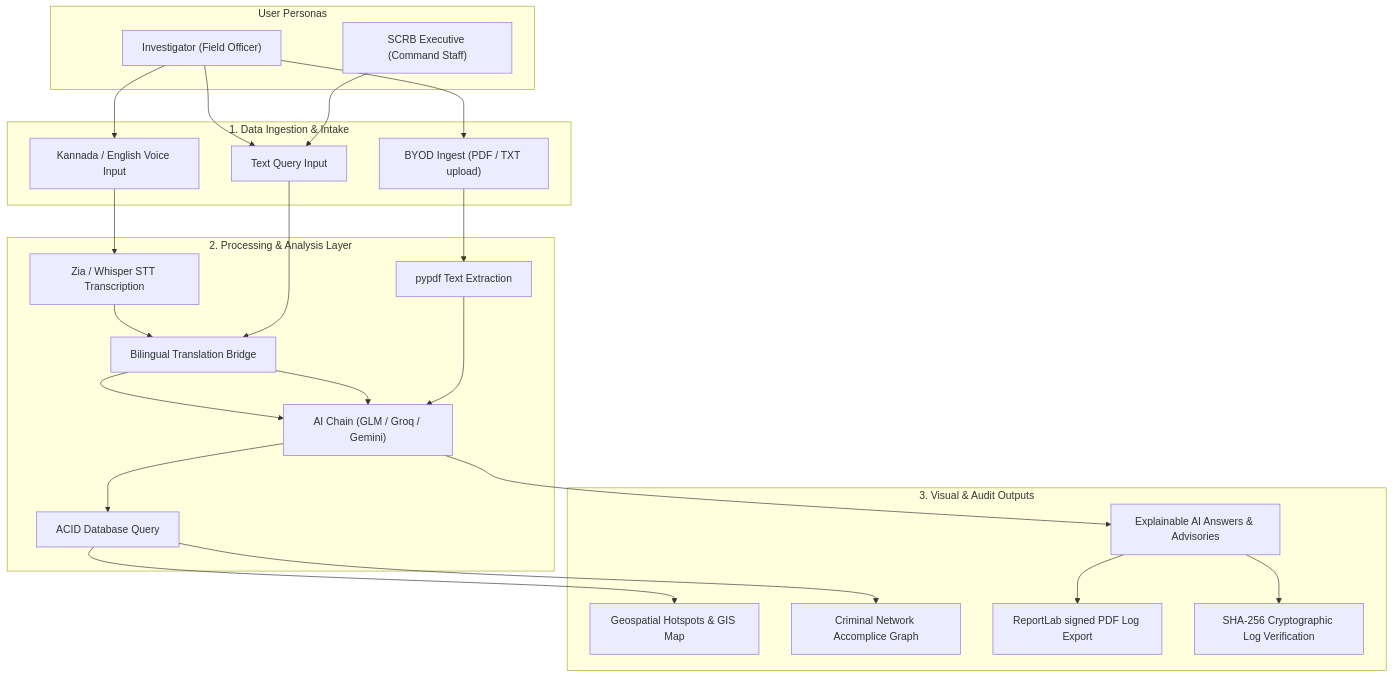
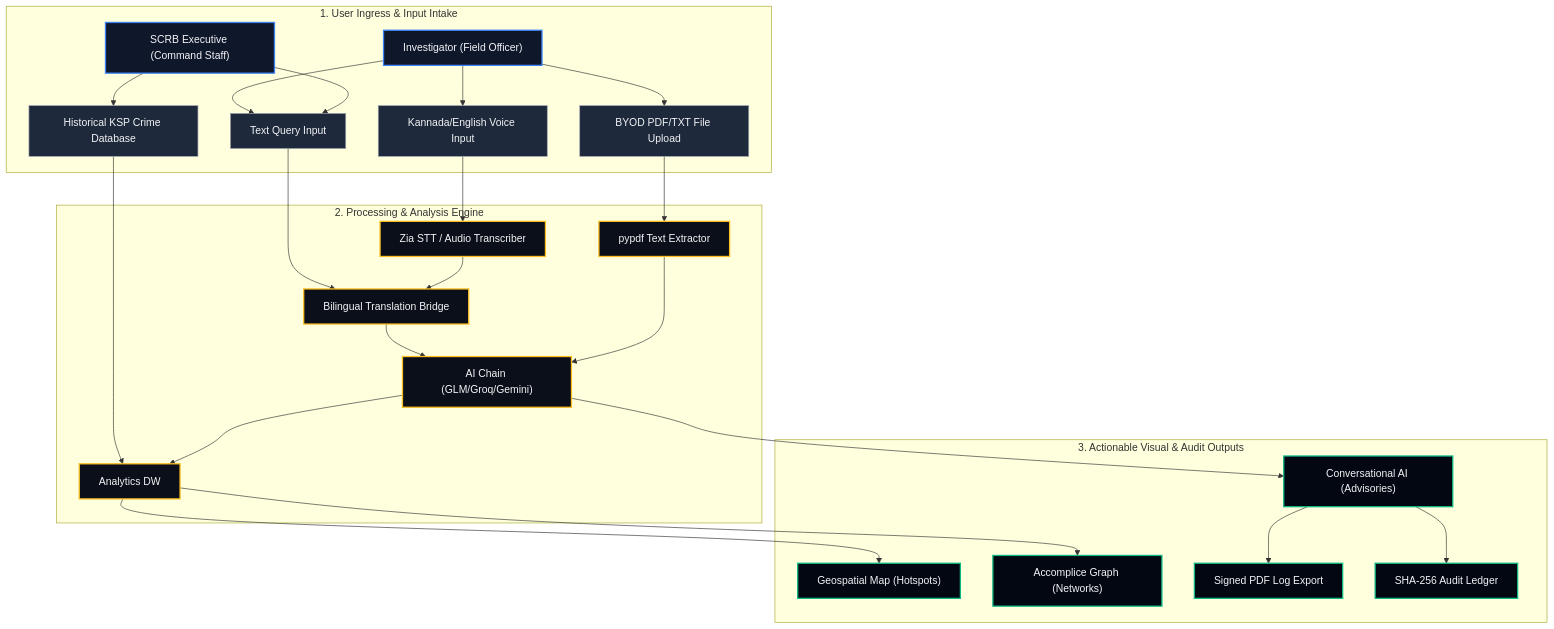
Before and after one commit to chiraghs/Vyuha-Network: the second of 2 diagrams in README.md, drawn with Mermaid. The commit also changed other lines of this file, not shown here.

Commit message:
docs: add Process Flow diagram to README and commit PowerPoint slides

````diff
--- a/README.md
+++ b/README.md
@@ -141,45 +142,67 @@
 ```mermaid
 flowchart TD
-    subgraph Users["User Personas"]
+    %% Custom Node Styling Classes
+    classDef user fill:#0F172A,stroke:#3B82F6,stroke-width:2px,color:#F3F4F6;
+    classDef ingest fill:#1E293B,stroke:#9CA3AF,stroke-width:1px,color:#F3F4F6;
+    classDef process fill:#0B0F19,stroke:#FBBF24,stroke-width:2px,color:#F3F4F6;
+    classDef output fill:#030712,stroke:#10B981,stroke-width:2px,color:#F3F4F6;
+
+    subgraph Layer1["1. User Ingress & Input Intake"]
         INV["Investigator (Field Officer)"]
         EXEC["SCRB Executive (Command Staff)"]
+        VOICE["Kannada/English Voice Input"]
+        TEXT["Text Query Input"]
+        DOCS["BYOD PDF/TXT File Upload"]
+        HIST["Historical KSP Crime Database"]
     end
 
-    subgraph Ingest["1. Data Ingestion & Intake"]
-        VOICE["Kannada / English Voice Input"]
-        TEXT["Text Query Input"]
-        DOCS["BYOD Ingest (PDF / TXT upload)"]
+    subgraph Layer2["2. Processing & Analysis Engine"]
+        STT["Zia STT / Audio Transcriber"]
+        TRANS["Bilingual Translation Bridge"]
+        EXTR["pypdf Text Extractor"]
+        AI_QUERY["AI Chain (GLM/Groq/Gemini)"]
+        DB_QUERY["Analytics DW"]
     end
 
-    subgraph Proc["2. Processing & Analysis Layer"]
-        STT["Zia / Whisper STT Transcription"]
-        TRANS["Bilingual Translation Bridge"]
-        EXTR["pypdf Text Extraction"]
-        DB_QUERY["ACID Database Query"]
-        AI_QUERY["AI Chain (GLM / Groq / Gemini)"]
+    subgraph Layer3["3. Actionable Visual & Audit Outputs"]
+        MAP["Geospatial Map (Hotspots)"]
+        NET["Accomplice Graph (Networks)"]
+        CHAT["Conversational AI (Advisories)"]
+        PDF["Signed PDF Log Export"]
+        LEDGER["SHA-256 Audit Ledger"]
     end
 
-    subgraph Out["3. Visual & Audit Outputs"]
-        MAP["Geospatial Hotspots & GIS Map"]
-        NET["Criminal Network Accomplice Graph"]
-        CHAT["Explainable AI Answers & Advisories"]
-        PDF["ReportLab signed PDF Log Export"]
-        LEDGER["SHA-256 Cryptographic Log Verification"]
-    end
-
+    %% User to Input Routing
     INV --> VOICE
     INV --> TEXT
     INV --> DOCS
     EXEC --> TEXT
+    EXEC --> HIST
 
-    VOICE --> STT --> TRANS --> AI_QUERY
-    TEXT --> TRANS --> AI_QUERY
-    DOCS --> EXTR --> AI_QUERY
+    %% Input to Processing Ingestion
+    VOICE --> STT
+    TEXT --> TRANS
+    DOCS --> EXTR
+    HIST --> DB_QUERY
 
+    %% Ingestion Pipeline Flow
+    STT --> TRANS
+    TRANS --> AI_QUERY
+    EXTR --> AI_QUERY
+    
+    %% AI to Analytics DB Lookup
     AI_QUERY --> DB_QUERY
+
+    %% Final Outputs Generation
     DB_QUERY --> MAP
     DB_QUERY --> NET
     AI_QUERY --> CHAT
     CHAT --> LEDGER
     CHAT --> PDF
+
+    %% Assigning Classes to Nodes
+    class INV,EXEC user;
+    class VOICE,TEXT,DOCS,HIST ingest;
+    class STT,TRANS,EXTR,AI_QUERY,DB_QUERY process;
+    class MAP,NET,CHAT,PDF,LEDGER output;
 ```
````
